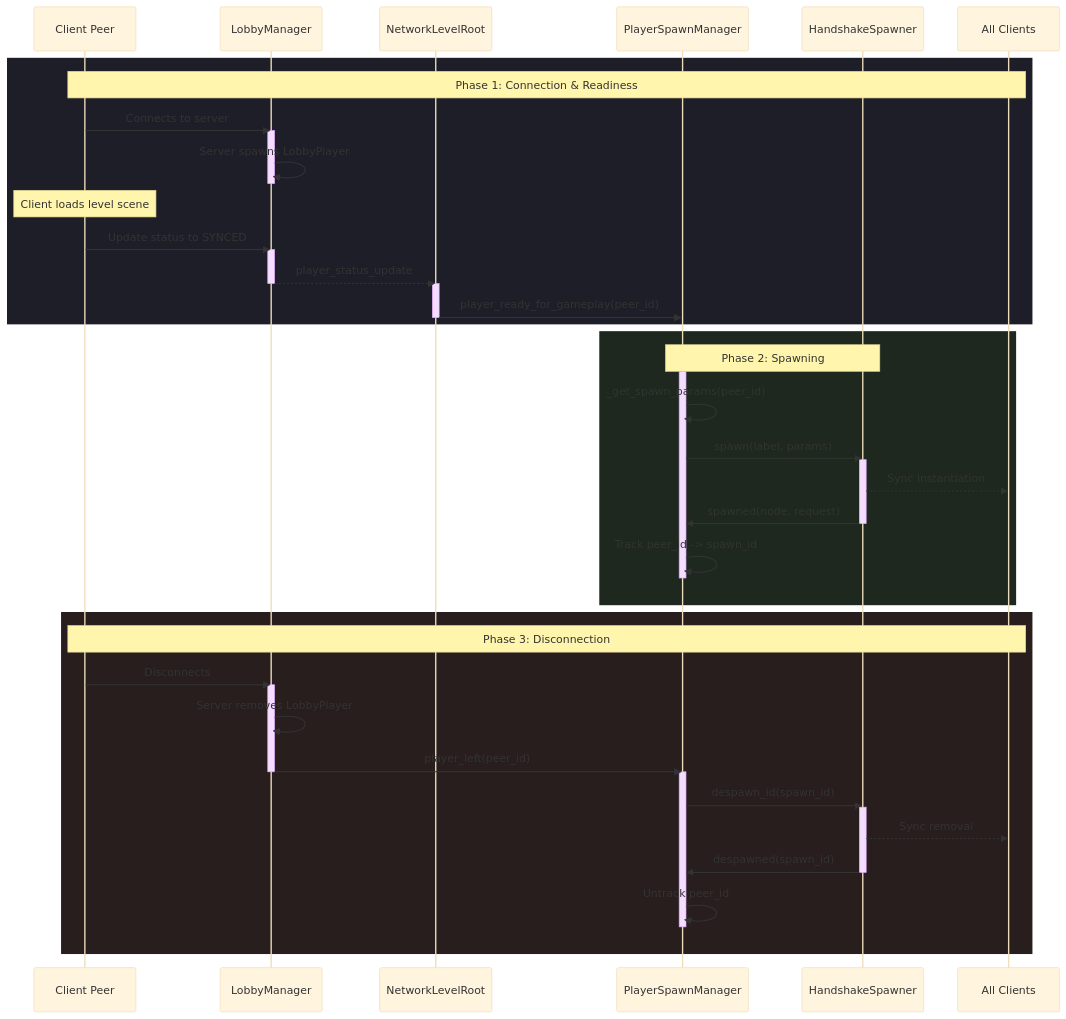
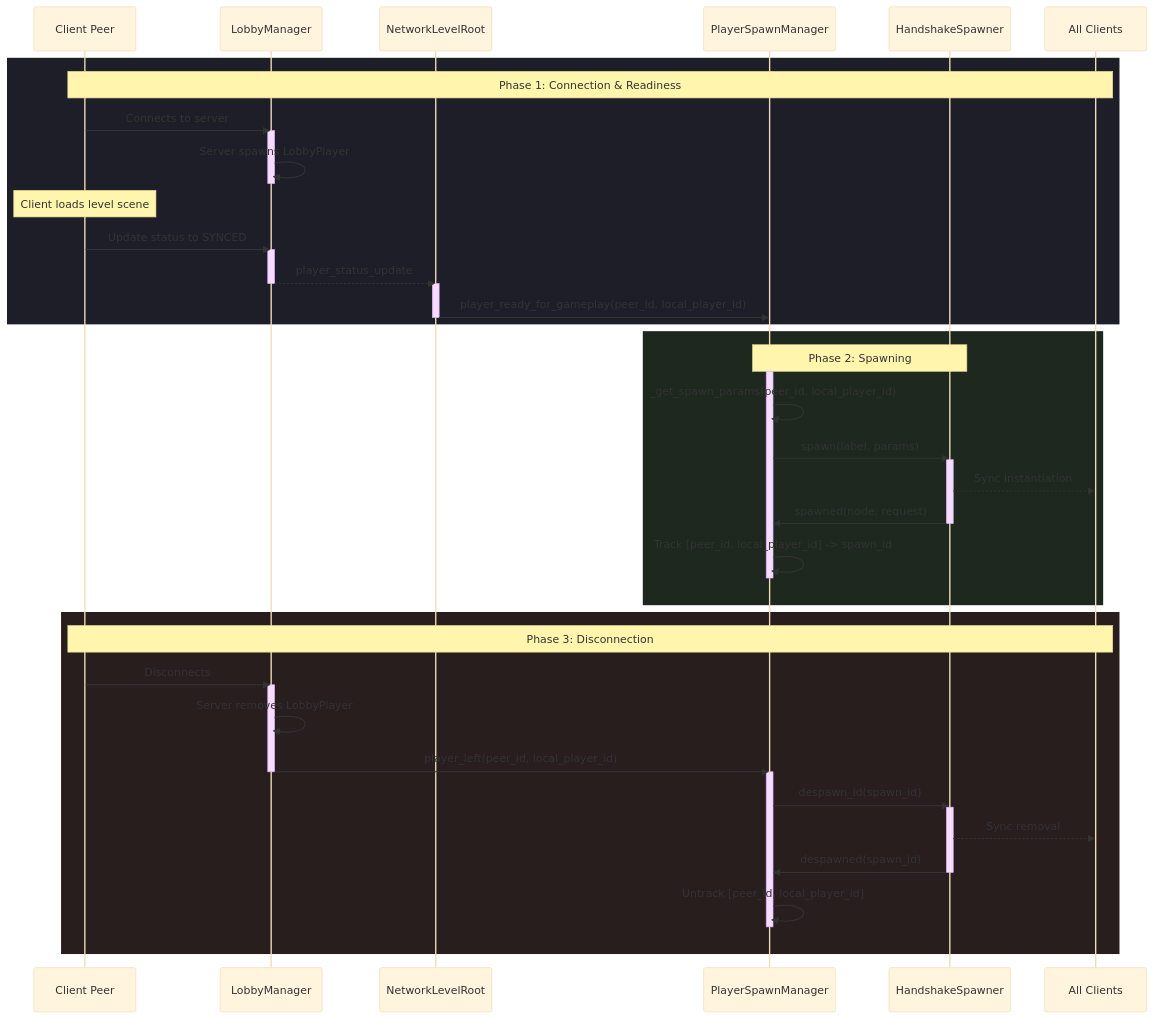
The diagram in scripts/multiplayer/player_spawning/README.md (RGonzalezTech/Friendslop-Template), drawn with Mermaid (base theme) before and after one commit. The commit also changed other lines of this file and 17 other files, not shown here.

First line of the commit message:
Add local_player_id to LobbyPlayer for split-screen support (#42)

````diff
--- a/scripts/multiplayer/player_spawning/README.md
+++ b/scripts/multiplayer/player_spawning/README.md
@@ -17,59 +17,59 @@
 ```mermaid
 sequenceDiagram
     participant Peer as Client Peer
     participant Lobby as LobbyManager
     participant Level as NetworkLevelRoot
     participant Manager as PlayerSpawnManager
     participant Spawner as HandshakeSpawner
     participant All as All Clients
 
     rect rgb(30, 30, 40)
     Note over Peer, All: Phase 1: Connection & Readiness
     Peer->>Lobby: Connects to server
     activate Lobby
     Lobby->>Lobby: Server spawns LobbyPlayer
     deactivate Lobby
     
     Note over Peer: Client loads level scene
     
     Peer->>Lobby: Update status to SYNCED
     activate Lobby
     Lobby-->>Level: player_status_update
     deactivate Lobby
     
     activate Level
-    Level->>Manager: player_ready_for_gameplay(peer_id)
+    Level->>Manager: player_ready_for_gameplay(peer_id, local_player_id)
     deactivate Level
     end
 
     rect rgb(30, 40, 30)
     Note over Manager, Spawner: Phase 2: Spawning
     activate Manager
-    Manager->>Manager: _get_spawn_params(peer_id)
+    Manager->>Manager: _get_spawn_params(peer_id, local_player_id)
     Manager->>Spawner: spawn(label, params)
     activate Spawner
     Spawner-->>All: Sync instantiation
     Spawner->>Manager: spawned(node, request)
     deactivate Spawner
-    Manager->>Manager: Track peer_id -> spawn_id
+    Manager->>Manager: Track [peer_id, local_player_id] -> spawn_id
     deactivate Manager
     end
 
     rect rgb(40, 30, 30)
     Note over Peer, All: Phase 3: Disconnection
     Peer->>Lobby: Disconnects
     activate Lobby
     Lobby->>Lobby: Server removes LobbyPlayer
-    Lobby->>Manager: player_left(peer_id)
+    Lobby->>Manager: player_left(peer_id, local_player_id)
     deactivate Lobby
     
     activate Manager
     Manager->>Spawner: despawn_id(spawn_id)
     activate Spawner
     Spawner-->>All: Sync removal
     Spawner->>Manager: despawned(spawn_id)
     deactivate Spawner
-    Manager->>Manager: Untrack peer_id
+    Manager->>Manager: Untrack [peer_id, local_player_id]
     deactivate Manager
     end
 ```
````
